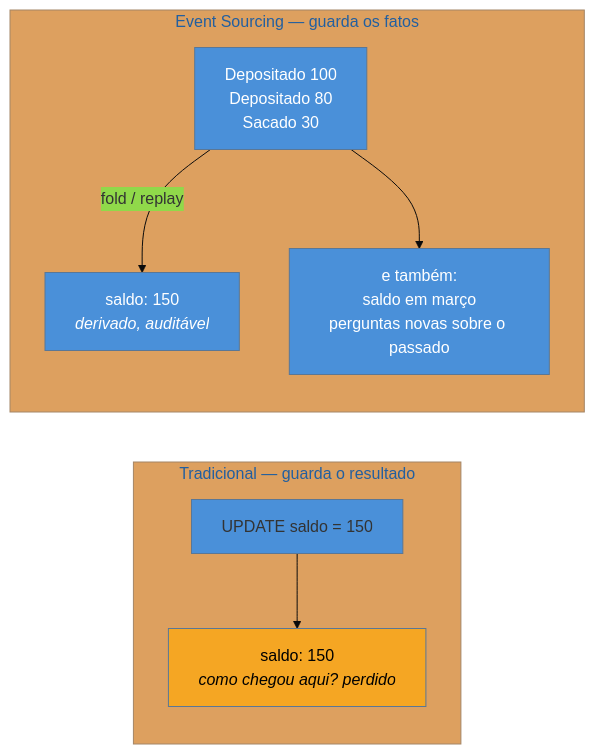
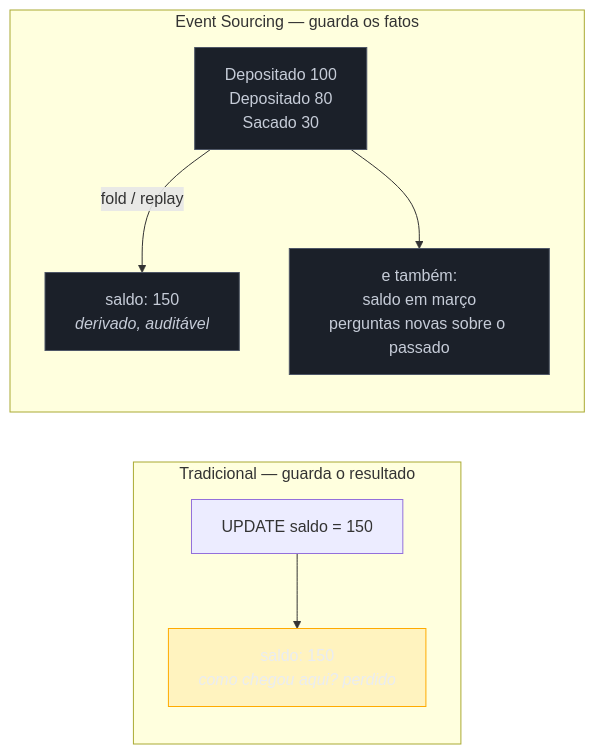
The diagram in 03-Dominios/Engenharia/Design de Software/Padrões de Projeto/Arquitetura de Eventos/09 - Event Sourcing.md (josenaldo/codex-technomanticus), drawn with Mermaid before and after one commit. The commit also changed 1181 other files, not shown here.

First line of the commit message:
fix(diagramas): paleta do sistema no lugar de cor cravada no markdown

````diff
--- a/03-Dominios/Engenharia/Design de Software/Padrões de Projeto/Arquitetura de Eventos/09 - Event Sourcing.md
+++ b/03-Dominios/Engenharia/Design de Software/Padrões de Projeto/Arquitetura de Eventos/09 - Event Sourcing.md
@@ -43,17 +43,18 @@
 ```mermaid
-%%{init: {"theme": "base", "themeVariables": {"primaryColor": "#4A90D9"}}}%%
 graph LR
+    classDef destaque fill:#FFAA0024,stroke:#FFAA00,color:#E9ECF2
+    classDef neutro fill:#1B2029,stroke:#4E5666,color:#C6CCD8
     subgraph T["Tradicional — guarda o resultado"]
         U1["UPDATE saldo = 150"] --> S1["saldo: 150<br/><i>como chegou aqui? perdido</i>"]
     end
 
     subgraph E["Event Sourcing — guarda os fatos"]
         L["Depositado 100<br/>Depositado 80<br/>Sacado 30"] -->|"fold / replay"| S2["saldo: 150<br/><i>derivado, auditável</i>"]
         L --> Q["e também:<br/>saldo em março<br/>perguntas novas sobre o passado"]
     end
 
-    style S1 fill:#F5A623,color:#000
-    style L fill:#4A90D9,color:#fff
-    style S2 fill:#4A90D9,color:#fff
-    style Q fill:#4A90D9,color:#fff
+    class S1 destaque
+    class L neutro
+    class S2 neutro
+    class Q neutro
 ```
````
